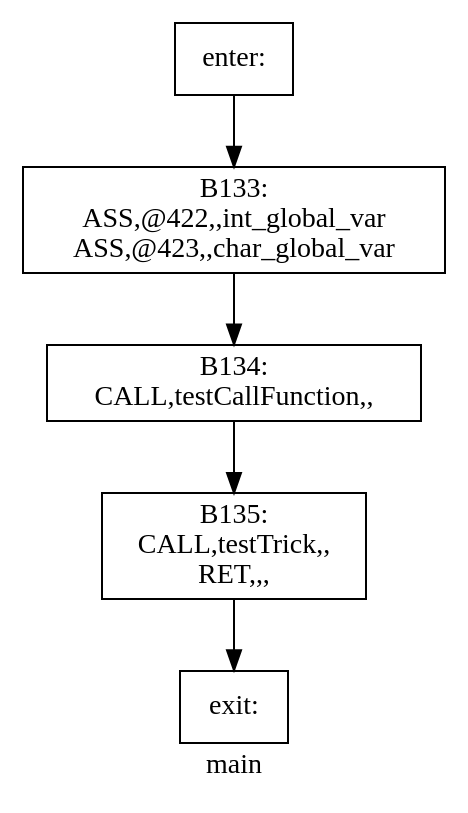
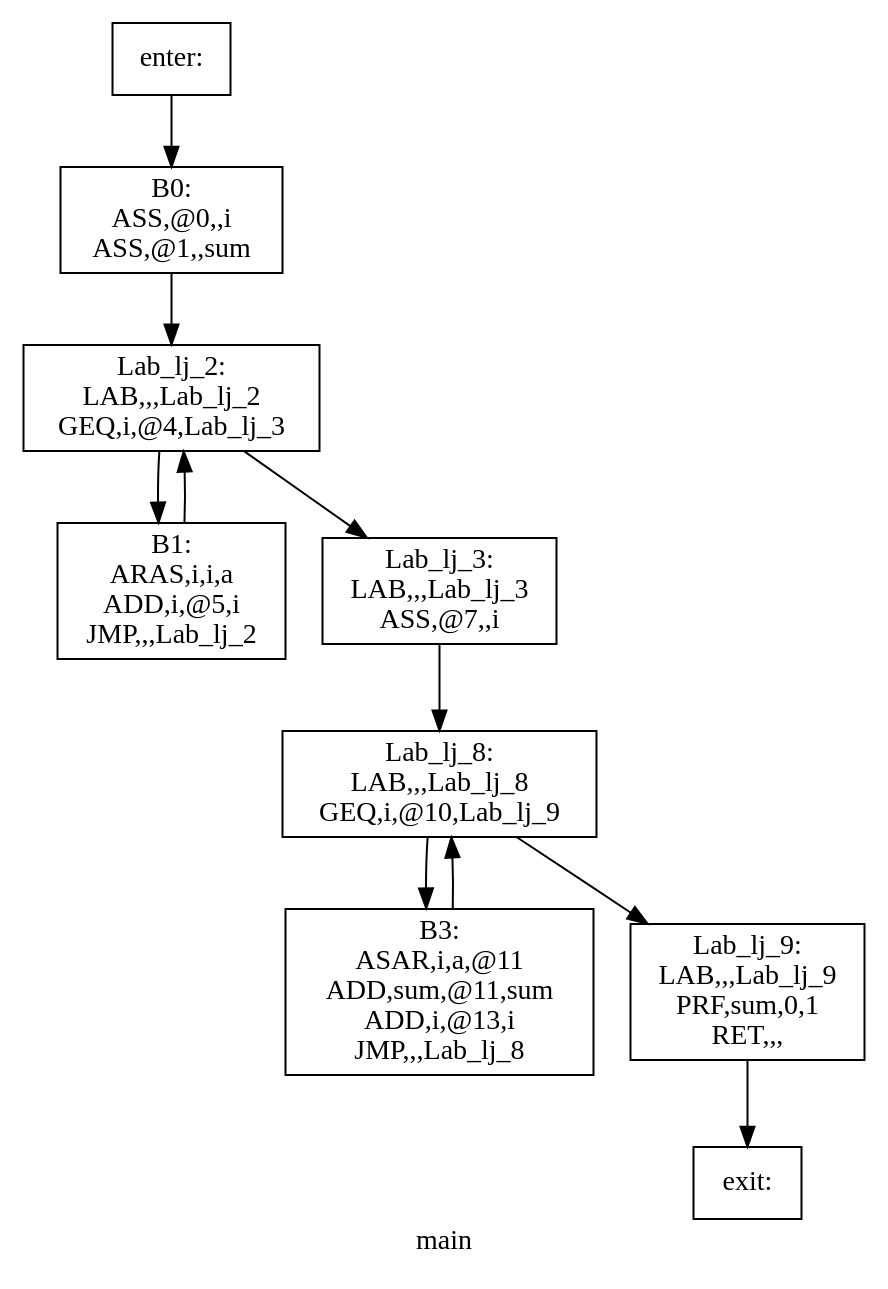
Before and after one commit to yifan123/Compiler: the diagram in Compiler/basic_block/dot/main.dot, drawn with Graphviz. The commit also changed 392 other files, not shown here.

Commit message:
完工，做了以下优化： 1. 常量折叠 2. 划分基本块并使用graphviz绘制控制流图 3. 在parser时直接将所有常量的值计算出来 4. 到达定义分析，计算d-u链和活跃变量分析 5. 构建冲突图，图着色 6. 全局寄存器分配加寄存器池 7.栈传参改为寄存器传参

```diff
--- a/Compiler/basic_block/dot/main.dot
+++ b/Compiler/basic_block/dot/main.dot
@@ -1,12 +1,22 @@
 digraph main{
 label =main
-B133[label="B133:\nASS,@422,,int_global_var\nASS,@423,,char_global_var\n" shape=box]
-B134[label="B134:\nCALL,testCallFunction,,\n" shape=box]
-B135[label="B135:\nCALL,testTrick,,\nRET,,,\n" shape=box]
+B0[label="B0:\nASS,@0,,i\nASS,@1,,sum\n" shape=box]
+B1[label="B1:\nARAS,i,i,a\nADD,i,@5,i\nJMP,,,Lab_lj_2\n" shape=box]
+B3[label="B3:\nASAR,i,a,@11\nADD,sum,@11,sum\nADD,i,@13,i\nJMP,,,Lab_lj_8\n" shape=box]
+Lab_lj_2[label="Lab_lj_2:\nLAB,,,Lab_lj_2\nGEQ,i,@4,Lab_lj_3\n" shape=box]
+Lab_lj_3[label="Lab_lj_3:\nLAB,,,Lab_lj_3\nASS,@7,,i\n" shape=box]
+Lab_lj_8[label="Lab_lj_8:\nLAB,,,Lab_lj_8\nGEQ,i,@10,Lab_lj_9\n" shape=box]
+Lab_lj_9[label="Lab_lj_9:\nLAB,,,Lab_lj_9\nPRF,sum,0,1\nRET,,,\n" shape=box]
 enter[label="enter:\n" shape=box]
 exit[label="exit:\n" shape=box]
-B133->B134
-B134->B135
-B135->exit
-enter->B133
+B0->Lab_lj_2
+B1->Lab_lj_2
+B3->Lab_lj_8
+Lab_lj_2->B1
+Lab_lj_2->Lab_lj_3
+Lab_lj_3->Lab_lj_8
+Lab_lj_8->B3
+Lab_lj_8->Lab_lj_9
+Lab_lj_9->exit
+enter->B0
 }
```
